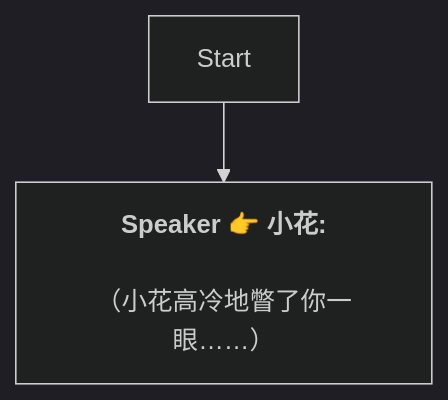
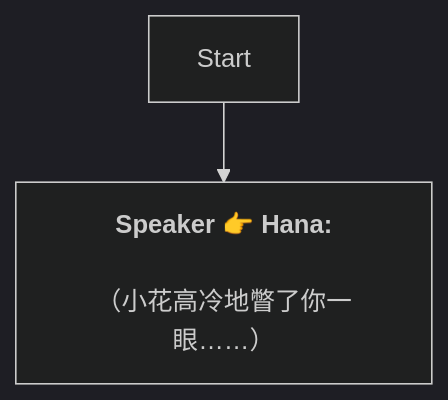
One commit to SoftHu/tos_avg changed the diagram in Zh/Hana.md. Above: the diagram before and after it, drawn with Mermaid (dark theme). The commit also changed 737 other files, not shown here.

````diff
--- a/Zh/Hana.md
+++ b/Zh/Hana.md
@@ -1,7 +1,6 @@
 ```mermaid
 graph
-Start -->1741632280964361[<b>Speaker 👉 小花:</b>
+Start -->1741632280964361[<b>Speaker 👉 Hana:</b>
+\n（小花高冷地瞥了你一眼……）]
 
-（小花高冷地瞥了你一眼……）]
-
- ```
+```
````
